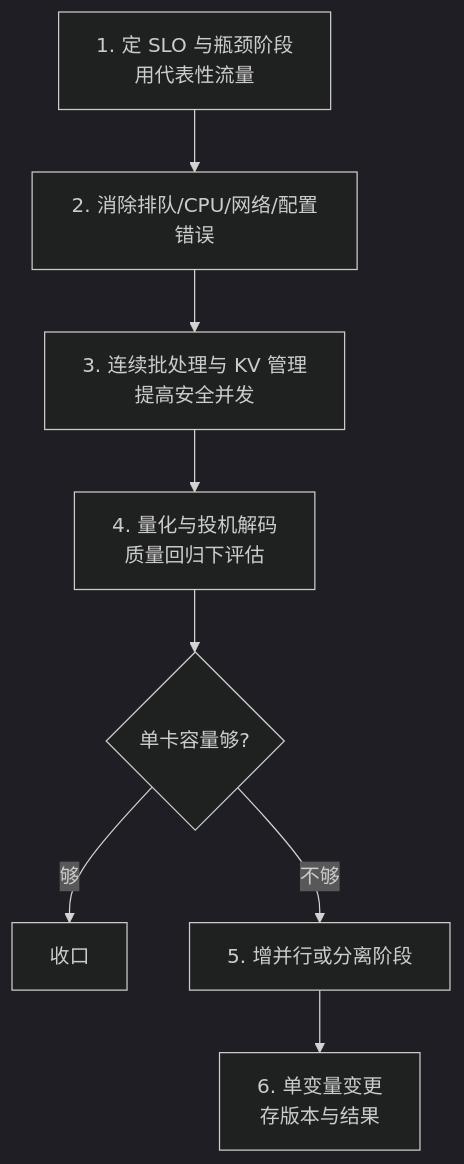
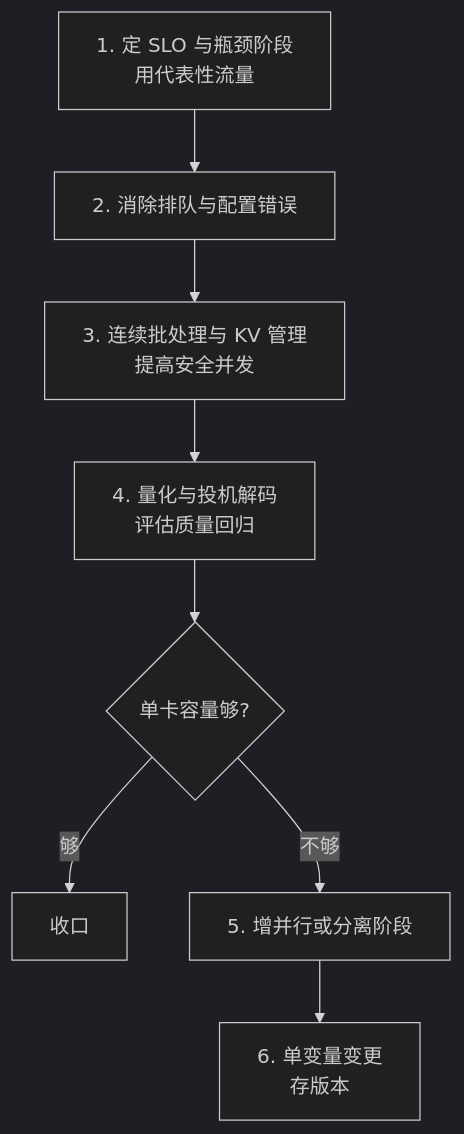
Before and after one commit to hub138/technical-knowledge: the first of 2 diagrams in vault/工程知识/AI 系统工程：从模型能力到生产能力/推理服务与平台/批处理、KV缓存、量化与并行如何改变服务容量.md, drawn with Mermaid (dark theme). The commit also changed other lines of this file and 622 other files, not shown here.

````diff
--- a/vault/工程知识/AI 系统工程：从模型能力到生产能力/推理服务与平台/批处理、KV缓存、量化与并行如何改变服务容量.md
+++ b/vault/工程知识/AI 系统工程：从模型能力到生产能力/推理服务与平台/批处理、KV缓存、量化与并行如何改变服务容量.md
@@ -149,10 +171,10 @@
 ```mermaid
 flowchart TD
-    A["1. 定 SLO 与瓶颈阶段<br/>用代表性流量"] --> B["2. 消除排队/CPU/网络/配置错误"]
+    A["1. 定 SLO 与瓶颈阶段<br/>用代表性流量"] --> B["2. 消除排队与配置错误"]
     B --> C["3. 连续批处理与 KV 管理<br/>提高安全并发"]
-    C --> D["4. 量化与投机解码<br/>质量回归下评估"]
+    C --> D["4. 量化与投机解码<br/>评估质量回归"]
     D --> E{"单卡容量够?"}
     E -->|够| F["收口"]
     E -->|不够| G["5. 增并行或分离阶段"]
-    G --> H["6. 单变量变更<br/>存版本与结果"]
+    G --> H["6. 单变量变更<br/>存版本"]
 ```
````
